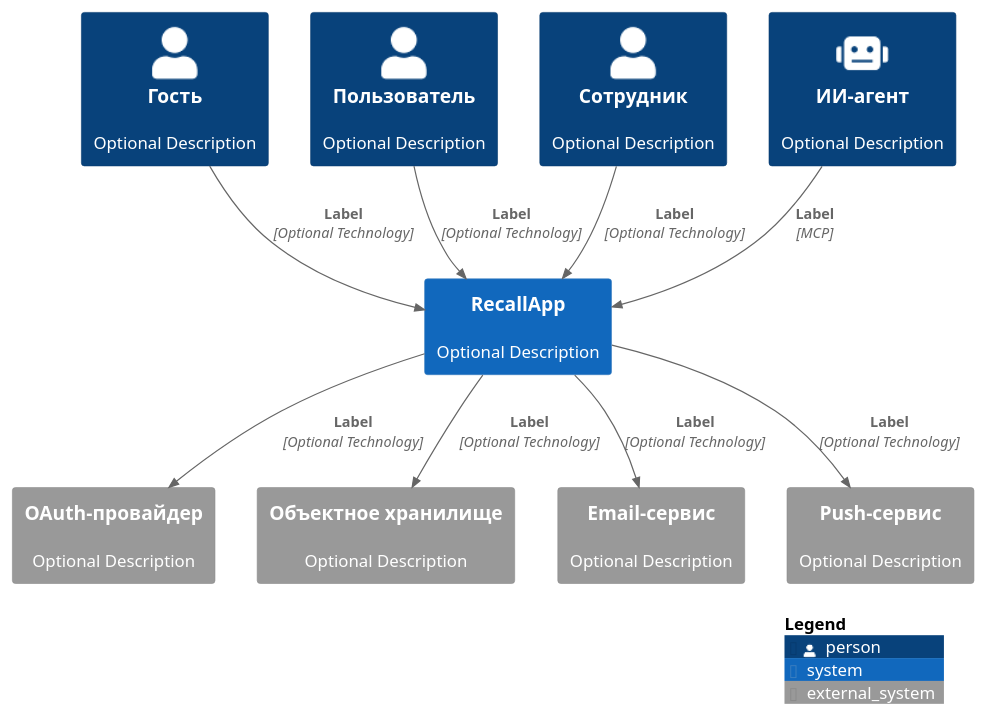
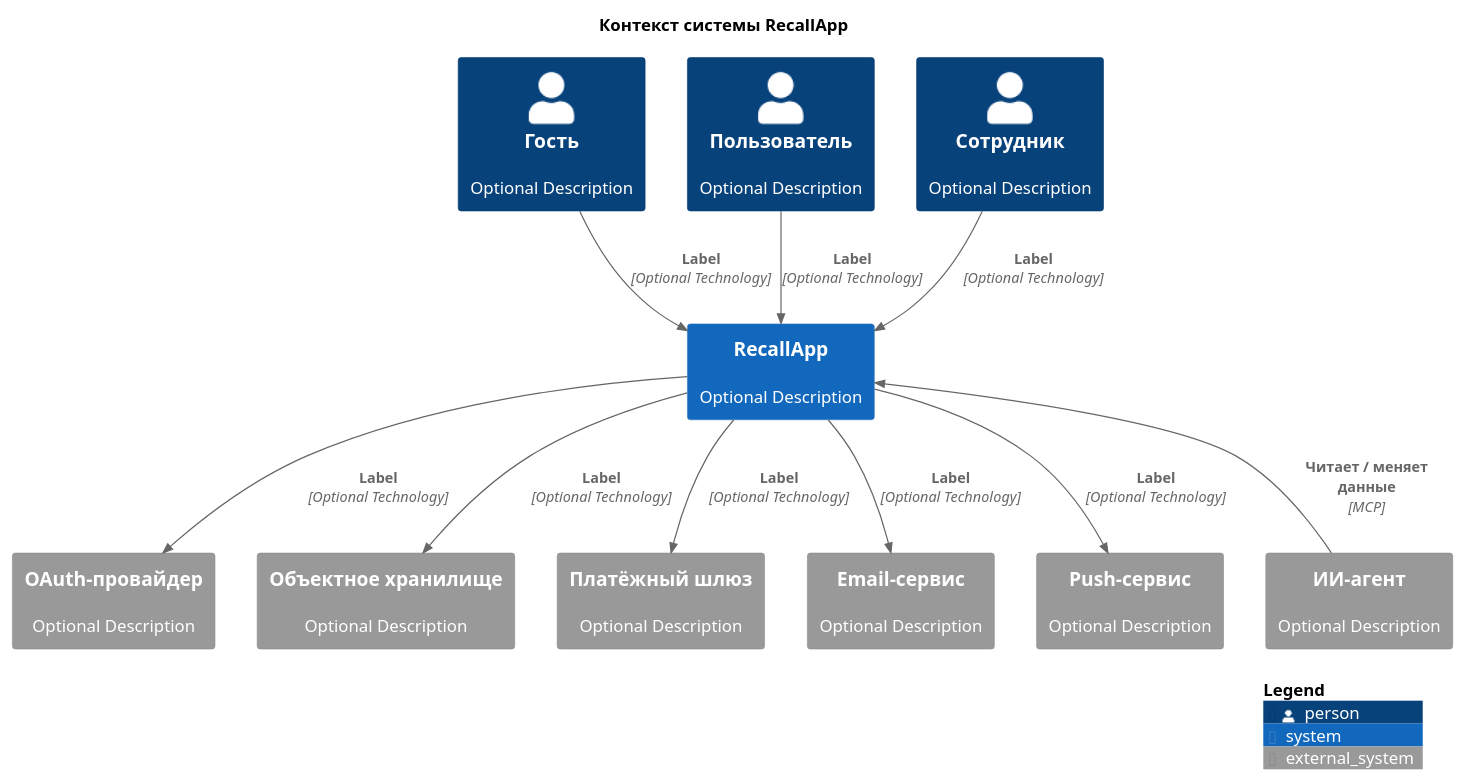
One commit to itacademy-edms-team/24_3_DNDE changed the diagram in RecallApp/docs/diagrams/c4 - context.puml. Above: the diagram before and after it, drawn with PlantUML.

Commit message:
docs: add title, payment gateway; move ai-agent from persons to externa system

```diff
--- a/RecallApp/docs/diagrams/c4 - context.puml
+++ b/RecallApp/docs/diagrams/c4 - context.puml
@@ -1,30 +1,33 @@
 @startuml C4 - Context - RecallApp
+title Контекст системы RecallApp
 top to bottom direction
 
 !include <C4/C4_Context>
 
 Person(personGuest, "Гость", "Optional Description")
 Person(personUser, "Пользователь", "Optional Description")
 Person(personStaff, "Сотрудник", "Optional Description")
-Person(robotAgent, "ИИ-агент", "Optional Description", robot)
 
 System(systemRecallApp, "RecallApp", "Optional Description")
 
 System_Ext(extSystemAuth, "OAuth-провайдер", "Optional Description")
 System_Ext(extSystemObjectStorage, "Объектное хранилище", "Optional Description")
+System_Ext(extSystemPaymentGateway, "Платёжный шлюз", "Optional Description")
 System_Ext(extSystemEmail, "Email-сервис", "Optional Description")
 System_Ext(extSystemPush, "Push-сервис", "Optional Description")
+System_Ext(extSystemAiAgent, "ИИ-агент", "Optional Description")
 
 Rel(personGuest, systemRecallApp, "Label", "Optional Technology")
 Rel(personUser, systemRecallApp, "Label", "Optional Technology")
 Rel(personStaff, systemRecallApp, "Label", "Optional Technology")
-Rel(robotAgent, systemRecallApp, "Label", "MCP")
 
 Rel(systemRecallApp, extSystemAuth, "Label", "Optional Technology")
 Rel(systemRecallApp, extSystemObjectStorage, "Label", "Optional Technology")
+Rel(systemRecallApp, extSystemPaymentGateway, "Label", "Optional Technology")
 Rel(systemRecallApp, extSystemEmail, "Label", "Optional Technology")
 Rel(systemRecallApp, extSystemPush, "Label", "Optional Technology")
+Rel_U(extSystemAiAgent, systemRecallApp, "Читает / меняет данные", "MCP")
 
 SHOW_LEGEND()
 
 @enduml
```
